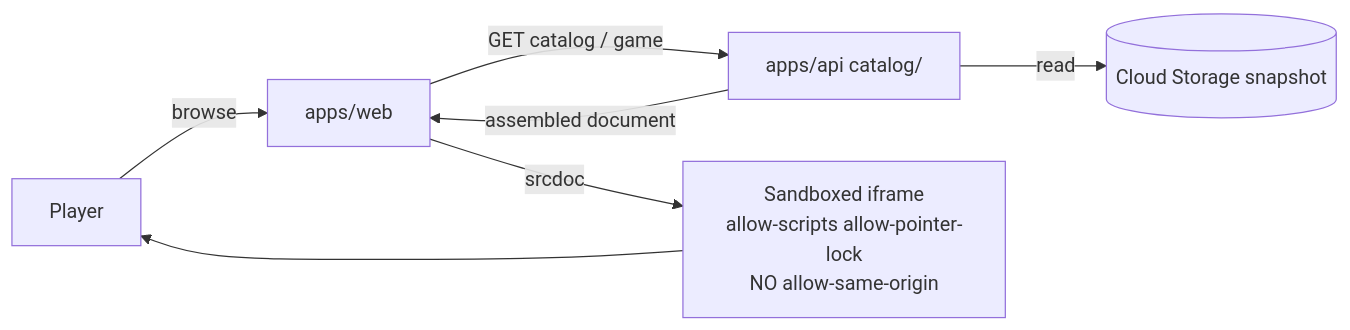
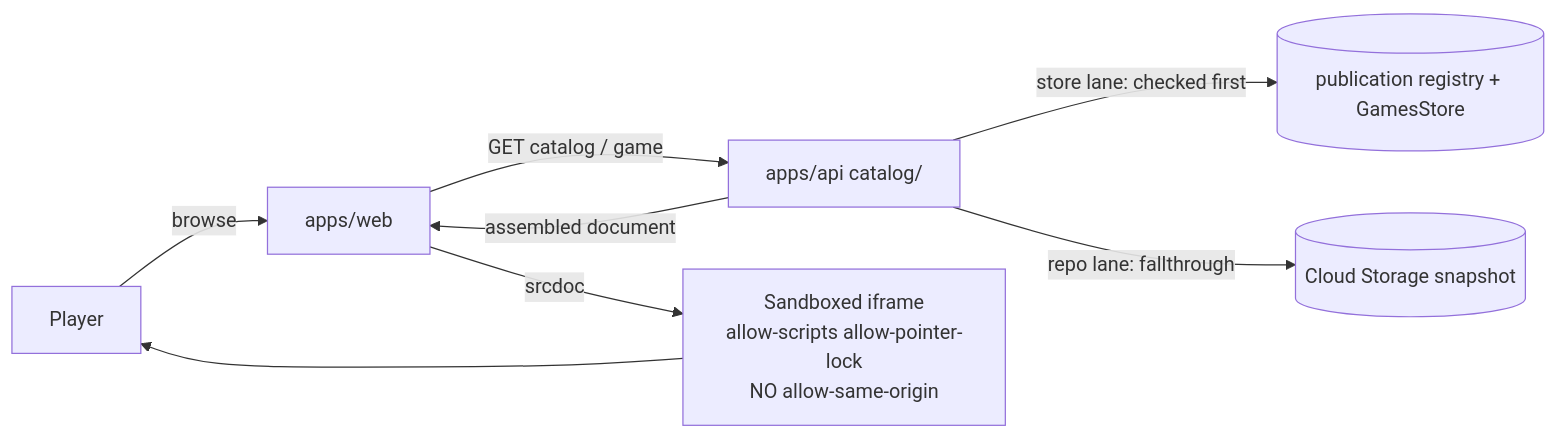
One commit to gamedevpl/www.gamedev.pl changed the first of 2 diagrams in docs/architecture.md. Above: the diagram before and after it, drawn with Mermaid. The commit also changed other lines of this file, not shown here.

````diff
--- a/docs/architecture.md
+++ b/docs/architecture.md
@@ -168,9 +175,10 @@
 ```mermaid
 flowchart LR
     P[Player] -->|browse| Web[apps/web]
     Web -->|GET catalog / game| API[apps/api catalog/]
-    API -->|read| Snap[(Cloud Storage snapshot)]
+    API -->|store lane: checked first| Reg[(publication registry + GamesStore)]
+    API -->|repo lane: fallthrough| Snap[(Cloud Storage snapshot)]
     API -->|assembled document| Web
     Web -->|srcdoc| IF["Sandboxed iframe<br/>allow-scripts allow-pointer-lock<br/>NO allow-same-origin"]
     IF --> P
 ```
````
